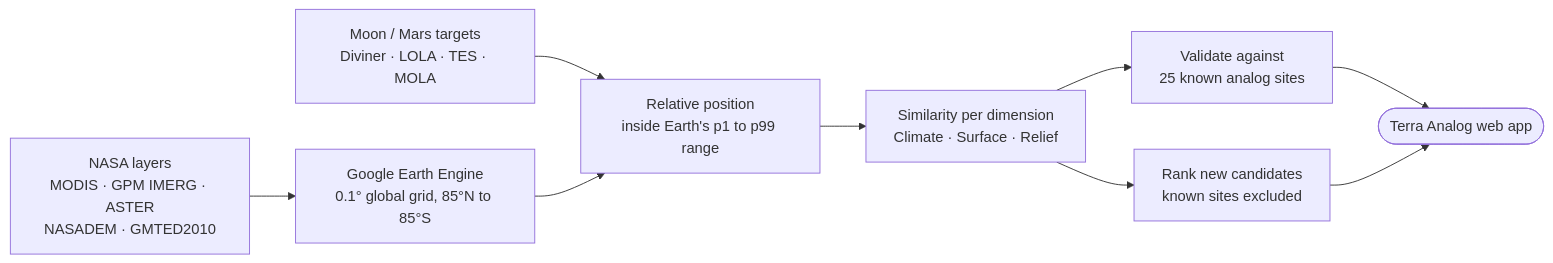
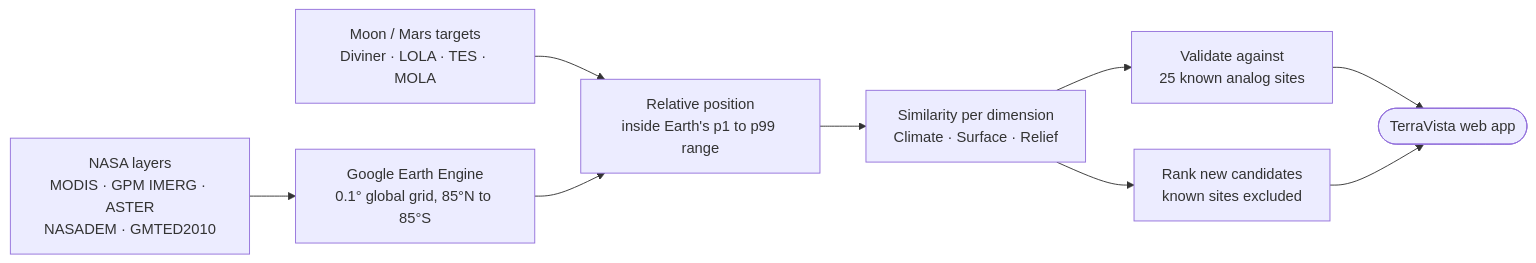
The diagram in README.md (ZenidX/logos-space-apps-2026), drawn with Mermaid before and after one commit. The commit also changed other lines of this file and 16 other files, not shown here.

Commit message:
Rename product to TerraVista; video script adds 'where they break'; Apollo 11 audio

````diff
--- a/README.md
+++ b/README.md
@@ -20,11 +20,11 @@
 ```mermaid
 flowchart LR
     A["NASA layers<br/>MODIS · GPM IMERG · ASTER<br/>NASADEM · GMTED2010"] --> B["Google Earth Engine<br/>0.1° global grid, 85°N to 85°S"]
     T["Moon / Mars targets<br/>Diviner · LOLA · TES · MOLA"] --> C
     B --> C["Relative position<br/>inside Earth's p1 to p99 range"]
     C --> D["Similarity per dimension<br/>Climate · Surface · Relief"]
     D --> E["Validate against<br/>25 known analog sites"]
     D --> F["Rank new candidates<br/>known sites excluded"]
-    E --> G(["Terra Analog web app"])
+    E --> G(["TerraVista web app"])
     F --> G
 ```
````
